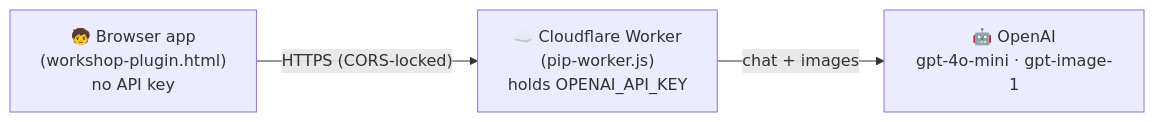
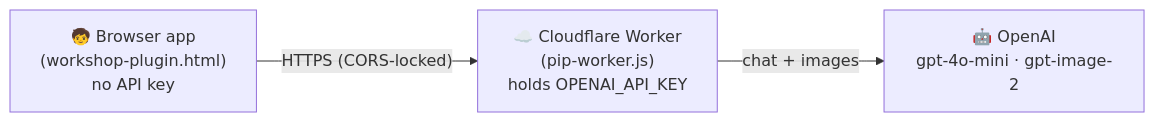
The first of 2 diagrams in README.md (lzhangsktlab/story-sprout), drawn with Mermaid before and after one commit. The commit also changed other lines of this file and 5 other files, not shown here.

````diff
--- a/README.md
+++ b/README.md
@@ -38,5 +39,5 @@
 ```mermaid
 flowchart LR
     A["🧒 Browser app<br/>(workshop-plugin.html)<br/>no API key"] -->|"HTTPS (CORS-locked)"| B["☁️ Cloudflare Worker<br/>(pip-worker.js)<br/>holds OPENAI_API_KEY"]
-    B -->|"chat + images"| C["🤖 OpenAI<br/>gpt-4o-mini · gpt-image-1"]
+    B -->|"chat + images"| C["🤖 OpenAI<br/>gpt-4o-mini · gpt-image-2"]
 ```
````
